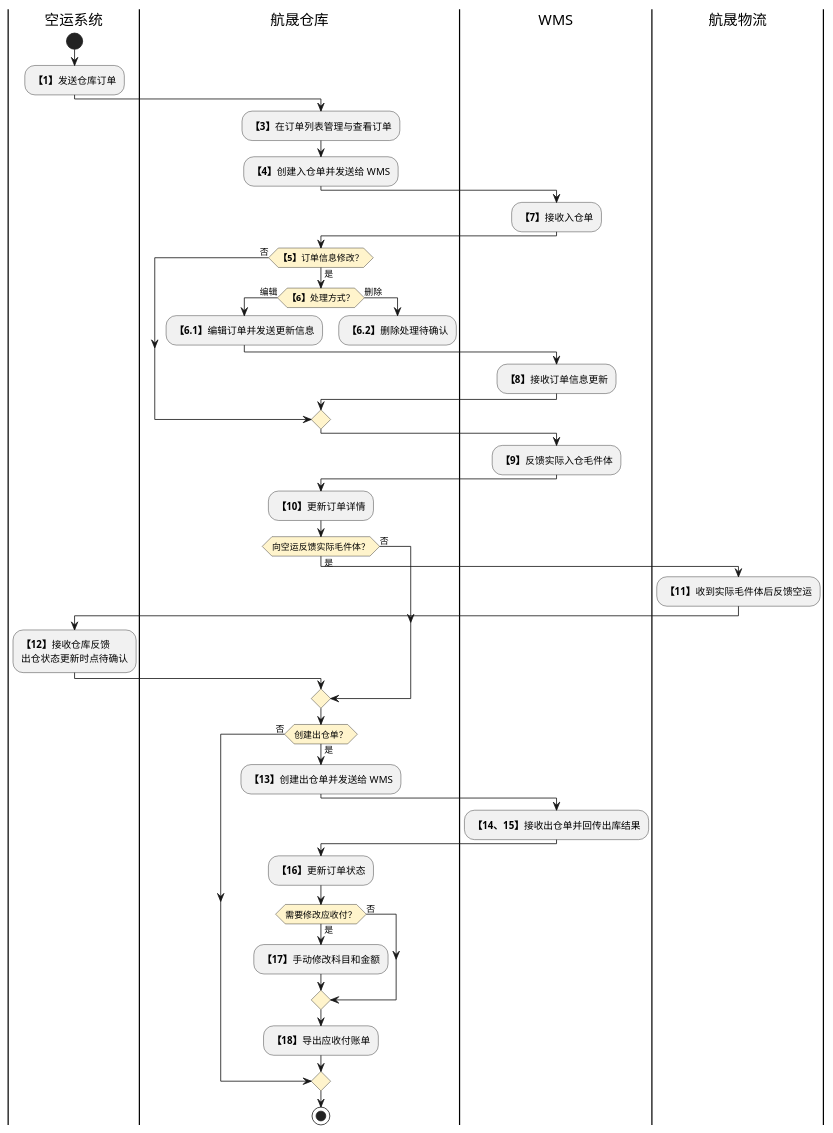
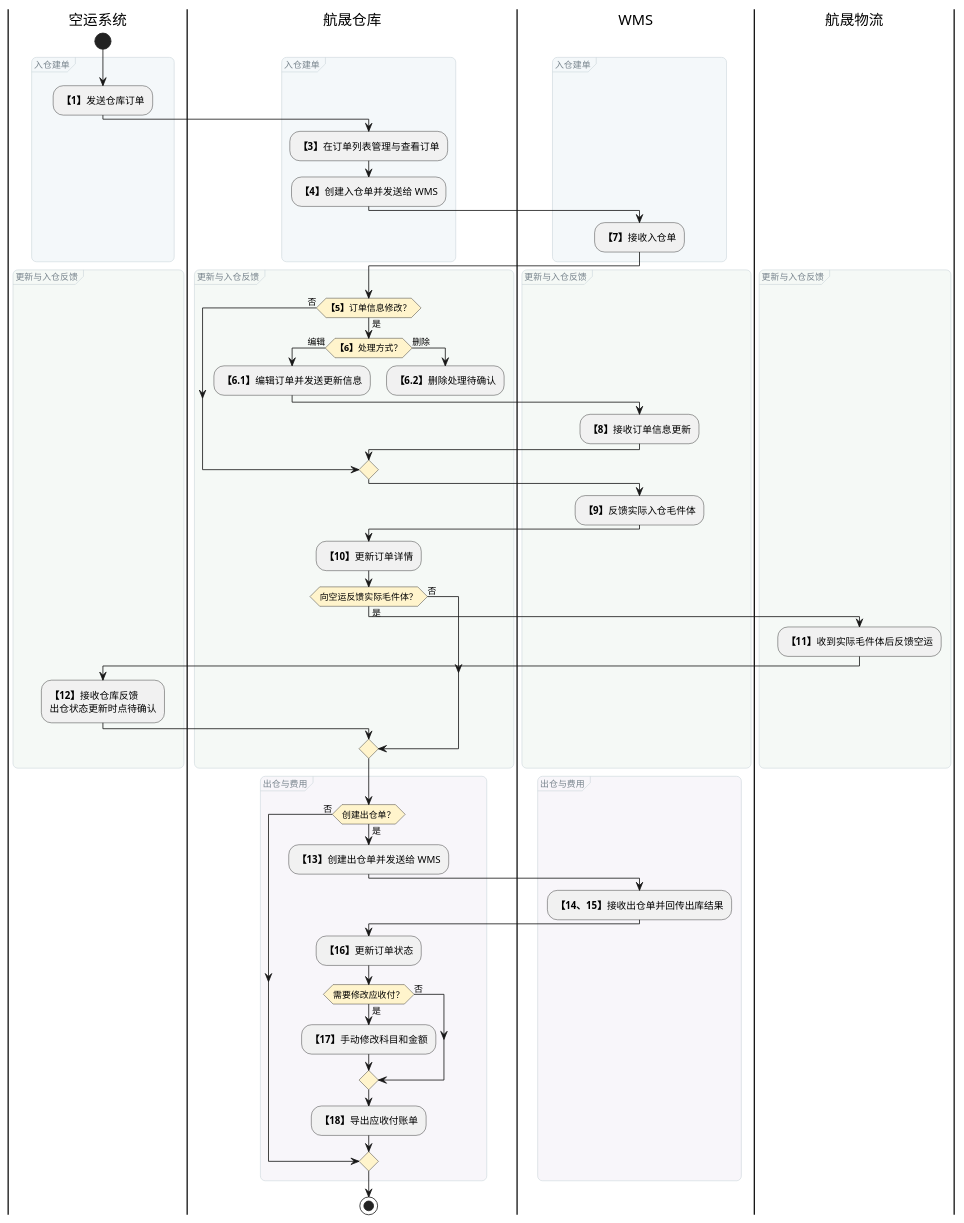
Before and after one commit to jack888332/projects-doc: the second of 5 diagrams in product-caliber/goldjet/segmented-prd/PRD.高捷物流系统一期.第020篇.仓库-仓库订单管理.A77FC65070.md, drawn with PlantUML. The commit also changed 16 other files, not shown here.

Commit message:
给DSL图分组

````diff
--- a/product-caliber/goldjet/segmented-prd/PRD.高捷物流系统一期.第020篇.仓库-仓库订单管理.A77FC65070.md
+++ b/product-caliber/goldjet/segmented-prd/PRD.高捷物流系统一期.第020篇.仓库-仓库订单管理.A77FC65070.md
@@ -54,51 +54,69 @@
 ```plantuml
 @startuml goldjet-020-warehouse-wms-handoffs
 skinparam activityDiamondBackgroundColor #FFF4CC
+<style>
+activityDiagram {
+  group {
+    LineColor #CAD5DA
+    LineThickness 0.7
+    RoundCorner 12
+    FontColor #78848D
+    FontSize 11
+    FontStyle plain
+  }
+}
+</style>
 |空运系统|
 start
-:**【1】**发送仓库订单;
-|航晟仓库|
-:**【3】**在订单列表管理与查看订单;
-:**【4】**创建入仓单并发送给 WMS;
-|WMS|
-:**【7】**接收入仓单;
-|航晟仓库|
-if (**【5】**订单信息修改？) then (是)
-  if (**【6】**处理方式？) then (编辑)
-    :**【6.1】**编辑订单并发送更新信息;
-  else (删除)
-    :**【6.2】**删除处理待确认;
-    detach
+group 入仓建单 #F4F8FA {
+  :**【1】**发送仓库订单;
+  |航晟仓库|
+  :**【3】**在订单列表管理与查看订单;
+  :**【4】**创建入仓单并发送给 WMS;
+  |WMS|
+  :**【7】**接收入仓单;
+}
+group 更新与入仓反馈 #F5F9F6 {
+  |航晟仓库|
+  if (**【5】**订单信息修改？) then (是)
+    if (**【6】**处理方式？) then (编辑)
+      :**【6.1】**编辑订单并发送更新信息;
+    else (删除)
+      :**【6.2】**删除处理待确认;
+      detach
+    endif
+    |WMS|
+    :**【8】**接收订单信息更新;
+  else (否)
   endif
   |WMS|
-  :**【8】**接收订单信息更新;
-else (否)
-endif
-|WMS|
-:**【9】**反馈实际入仓毛件体;
-|航晟仓库|
-:**【10】**更新订单详情;
-if (向空运反馈实际毛件体？) then (是)
-  |航晟物流|
-  :**【11】**收到实际毛件体后反馈空运;
-  |空运系统|
-  :**【12】**接收仓库反馈\n出仓状态更新时点待确认;
-else (否)
-endif
-|航晟仓库|
-if (创建出仓单？) then (是)
-  :**【13】**创建出仓单并发送给 WMS;
-  |WMS|
-  :**【14、15】**接收出仓单并回传出库结果;
+  :**【9】**反馈实际入仓毛件体;
   |航晟仓库|
-  :**【16】**更新订单状态;
-  if (需要修改应收付？) then (是)
-    :**【17】**手动修改科目和金额;
+  :**【10】**更新订单详情;
+  if (向空运反馈实际毛件体？) then (是)
+    |航晟物流|
+    :**【11】**收到实际毛件体后反馈空运;
+    |空运系统|
+    :**【12】**接收仓库反馈\n出仓状态更新时点待确认;
   else (否)
   endif
-  :**【18】**导出应收付账单;
-else (否)
-endif
+}
+group 出仓与费用 #F8F6FA {
+  |航晟仓库|
+  if (创建出仓单？) then (是)
+    :**【13】**创建出仓单并发送给 WMS;
+    |WMS|
+    :**【14、15】**接收出仓单并回传出库结果;
+    |航晟仓库|
+    :**【16】**更新订单状态;
+    if (需要修改应收付？) then (是)
+      :**【17】**手动修改科目和金额;
+    else (否)
+    endif
+    :**【18】**导出应收付账单;
+  else (否)
+  endif
+}
 stop
 @enduml
 ```
````
